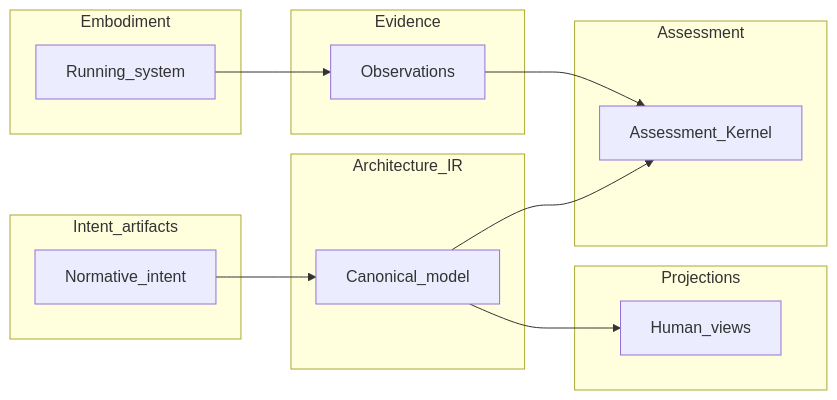
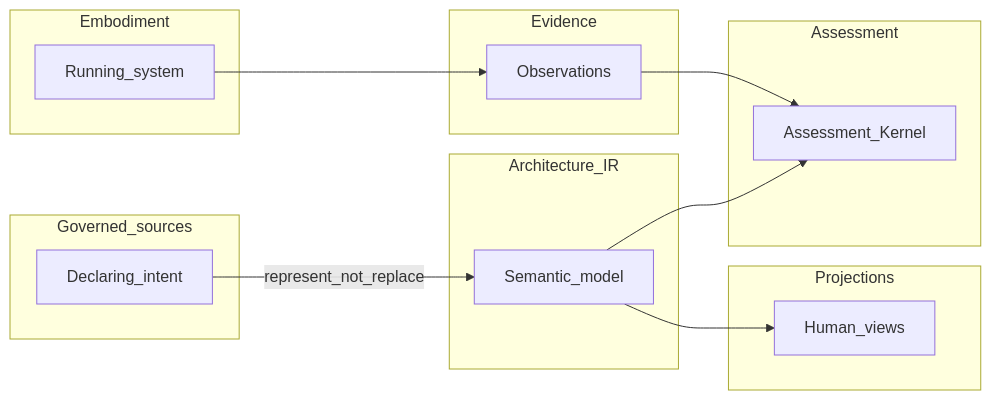
Before and after one commit to egallmann/ste-handbook: the diagram in 04-architecture-model/04-00-architecture-ir-overview.md, drawn with Mermaid. The commit also changed other lines of this file and 14 other files, not shown here.

First line of the commit message:
docs(part4): rebaseline architecture IR semantic model

````diff
--- a/04-architecture-model/04-00-architecture-ir-overview.md
+++ b/04-architecture-model/04-00-architecture-ir-overview.md
@@ -59,26 +109,26 @@
 ```mermaid
 flowchart LR
-  subgraph intentLayer [Intent_artifacts]
-    I[Normative_intent]
+  subgraph sources [Governed_sources]
+    I[Declaring_intent]
   end
-  subgraph canonical [Architecture_IR]
-    M[Canonical_model]
+  subgraph machine [Architecture_IR]
+    M[Semantic_model]
   end
   subgraph views [Projections]
     P[Human_views]
   end
   subgraph built [Embodiment]
     E[Running_system]
   end
   subgraph proof [Evidence]
     V[Observations]
   end
   subgraph assess [Assessment]
     K[Assessment_Kernel]
   end
-  I --> M
+  I -->|"represent_not_replace"| M
   M --> P
   M --> K
   E --> V
   V --> K
 ```
````
